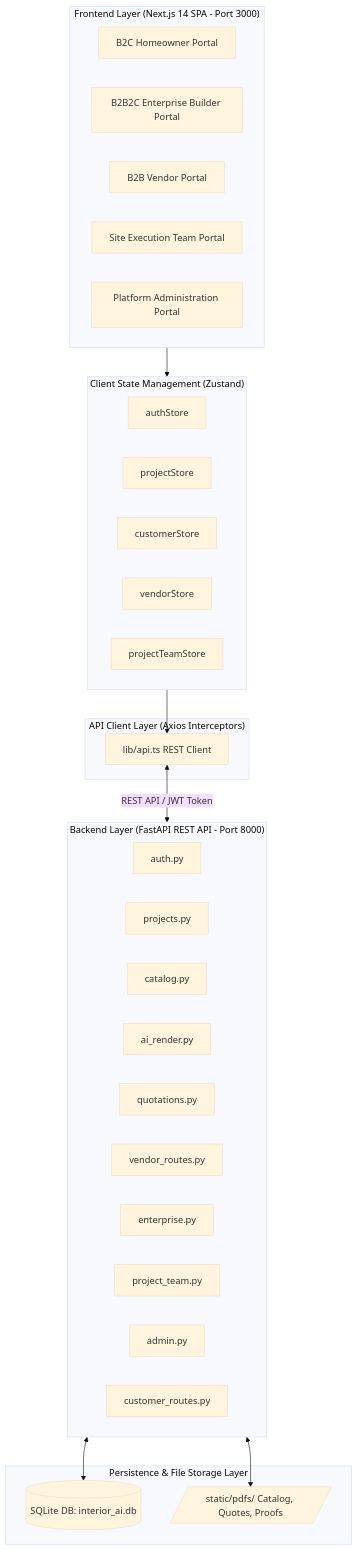
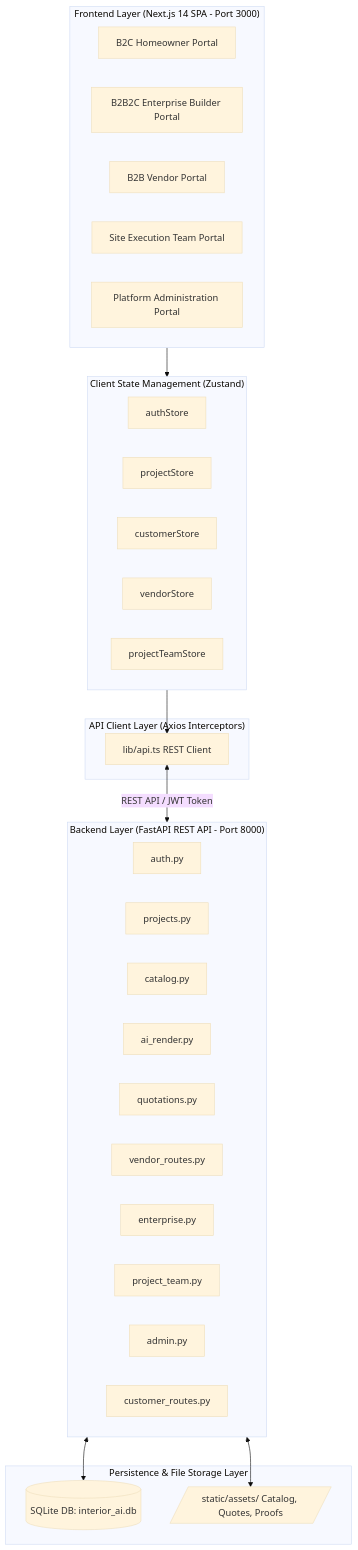
Before and after one commit to Vedant-Raju-Borker-2005/Interior_Design: the first of 8 diagrams in ARCHITECTURE.md, drawn with Mermaid (base theme). The commit also changed other lines of this file and 116 other files, not shown here.

````diff
--- a/ARCHITECTURE.md
+++ b/ARCHITECTURE.md
@@ -13,46 +13,46 @@
 ```mermaid
 graph TD
     subgraph ClientLayer ["Frontend Layer (Next.js 14 SPA - Port 3000)"]
         UI_Cust[B2C Homeowner Portal]
         UI_Ent[B2B2C Enterprise Builder Portal]
         UI_Vend[B2B Vendor Portal]
         UI_Team[Site Execution Team Portal]
         UI_Admin[Platform Administration Portal]
     end
 
     subgraph StateStore ["Client State Management (Zustand)"]
         ST_Auth[authStore]
         ST_Proj[projectStore]
         ST_Cust[customerStore]
         ST_Vend[vendorStore]
         ST_Team[projectTeamStore]
     end
 
     subgraph APILayer ["API Client Layer (Axios Interceptors)"]
         API_Client[lib/api.ts REST Client]
     end
 
     subgraph BackendEngine ["Backend Layer (FastAPI REST API - Port 8000)"]
         AUTH_ROUTER[auth.py]
         PROJ_ROUTER[projects.py]
         CAT_ROUTER[catalog.py]
         AI_ROUTER[ai_render.py]
         QUOTE_ROUTER[quotations.py]
         VEND_ROUTER[vendor_routes.py]
         ENT_ROUTER[enterprise.py]
         TEAM_ROUTER[project_team.py]
         ADMIN_ROUTER[admin.py]
         CUST_ROUTER[customer_routes.py]
     end
 
     subgraph StorageEngine ["Persistence & File Storage Layer"]
         DB[(SQLite DB: interior_ai.db)]
-        PDF_STATIC[/static/pdfs/ Catalog, Quotes, Proofs/]
+        PDF_STATIC[/static/assets/ Catalog, Quotes, Proofs/]
     end
 
     ClientLayer --> StateStore
     StateStore --> API_Client
     API_Client <-->|REST API / JWT Token| BackendEngine
     BackendEngine <--> DB
     BackendEngine <--> PDF_STATIC
 ```
````
